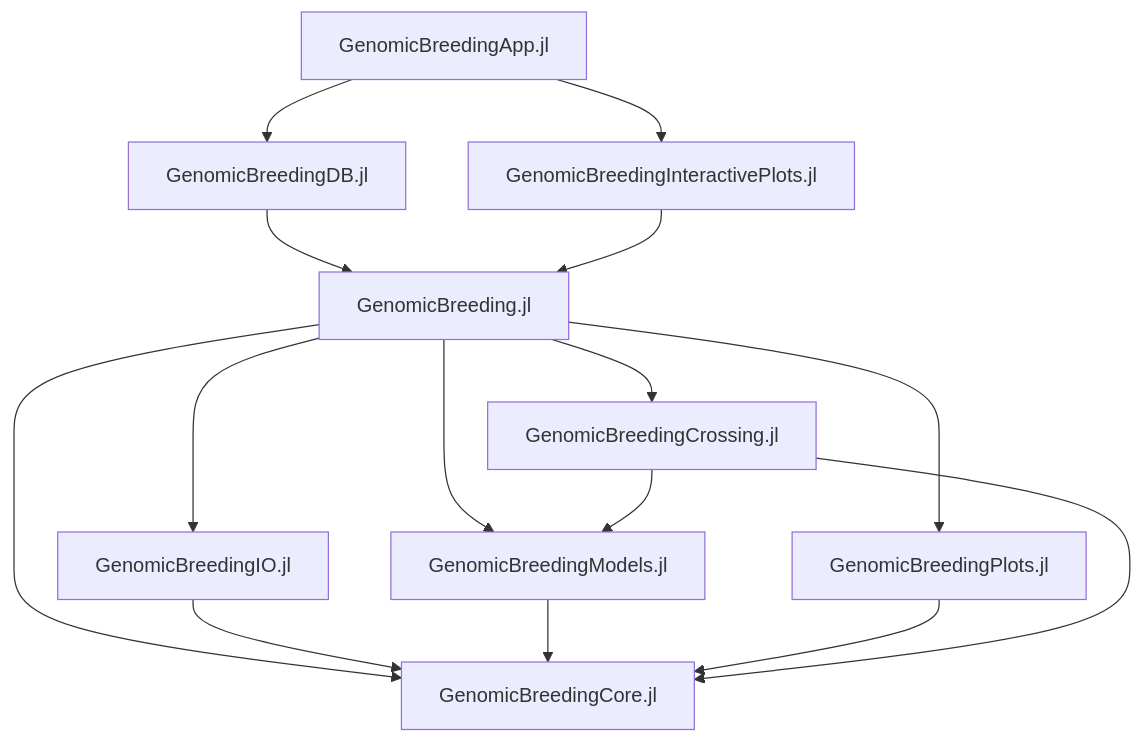
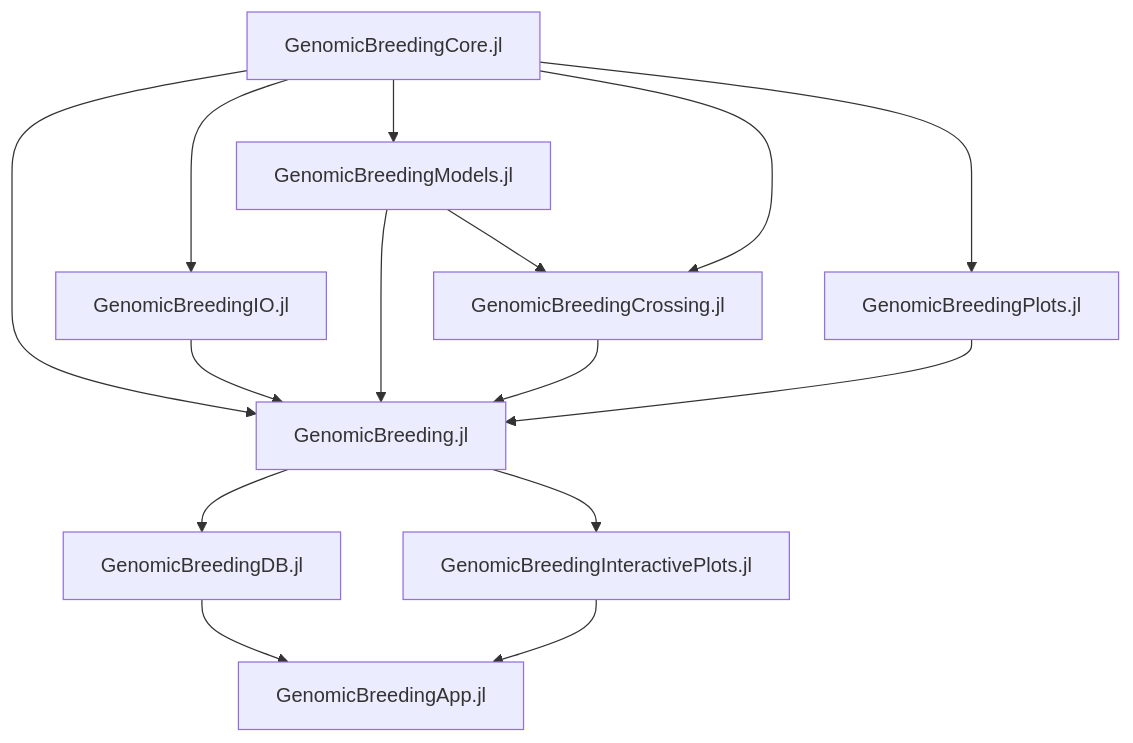
The diagram in profile/README.md (GenomicBreeding/.github), drawn with Mermaid before and after one commit.

Commit message:
Update architecture graph

````diff
--- a/profile/README.md
+++ b/profile/README.md
@@ -23,17 +23,17 @@
 ```mermaid
 flowchart TB
-    Workflow[GenomicBreeding.jl] --> Core[GenomicBreedingCore.jl]
-    Workflow --> IO[GenomicBreedingIO.jl]
-    Workflow --> Models[GenomicBreedingModels.jl]
-    Workflow --> Plots[GenomicBreedingPlots.jl]
-    Workflow --> Cross[GenomicBreedingCrossing.jl]
-    IO --> Core
-    Models --> Core
-    Plots --> Core
-    Cross --> Core
-    Cross --> Models
-    DB[GenomicBreedingDB.jl] --> Workflow
-    IPlots[GenomicBreedingInteractivePlots.jl] --> Workflow
-    App[GenomicBreedingApp.jl] --> DB
-    App --> IPlots
+    Core[GenomicBreedingCore.jl] --> Workflow[GenomicBreeding.jl]
+    IO[GenomicBreedingIO.jl] --> Workflow
+    Models[GenomicBreedingModels.jl] --> Workflow
+    Plots[GenomicBreedingPlots.jl] --> Workflow
+    Cross[GenomicBreedingCrossing.jl] --> Workflow
+    Core --> IO
+    Core --> Models
+    Core --> Cross
+    Core --> Plots
+    Models --> Cross
+    Workflow --> DB[GenomicBreedingDB.jl]
+    Workflow --> IPlots[GenomicBreedingInteractivePlots.jl]
+    DB --> App[GenomicBreedingApp.jl]
+    IPlots --> App
 ```
````
